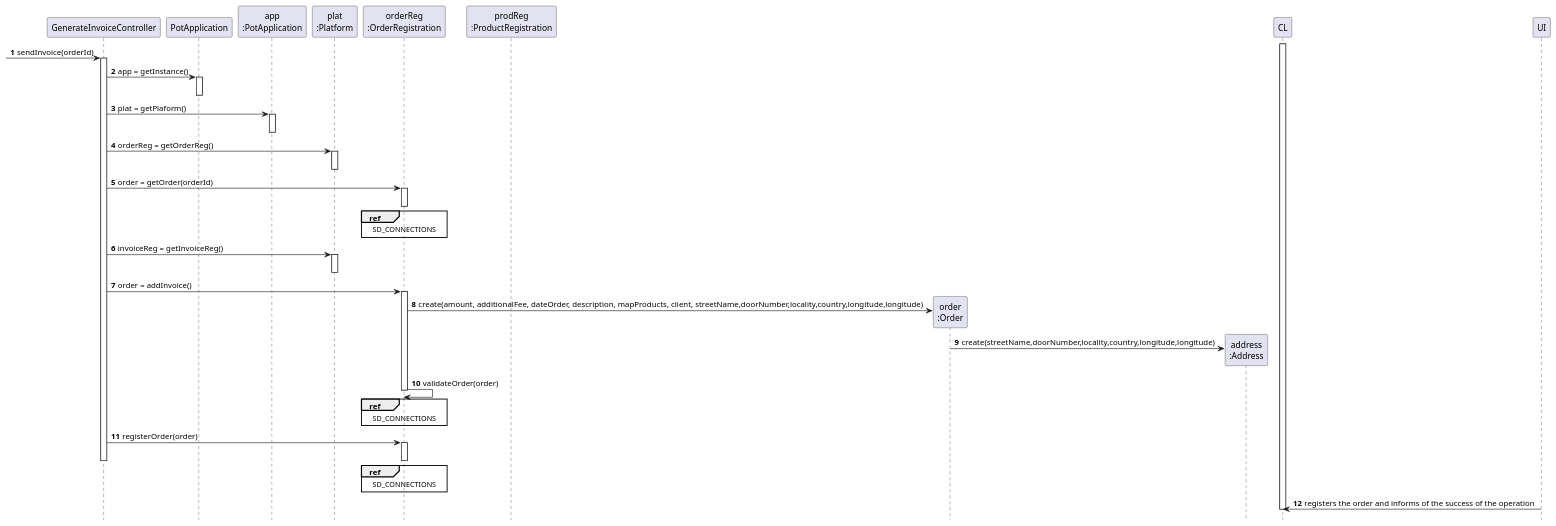
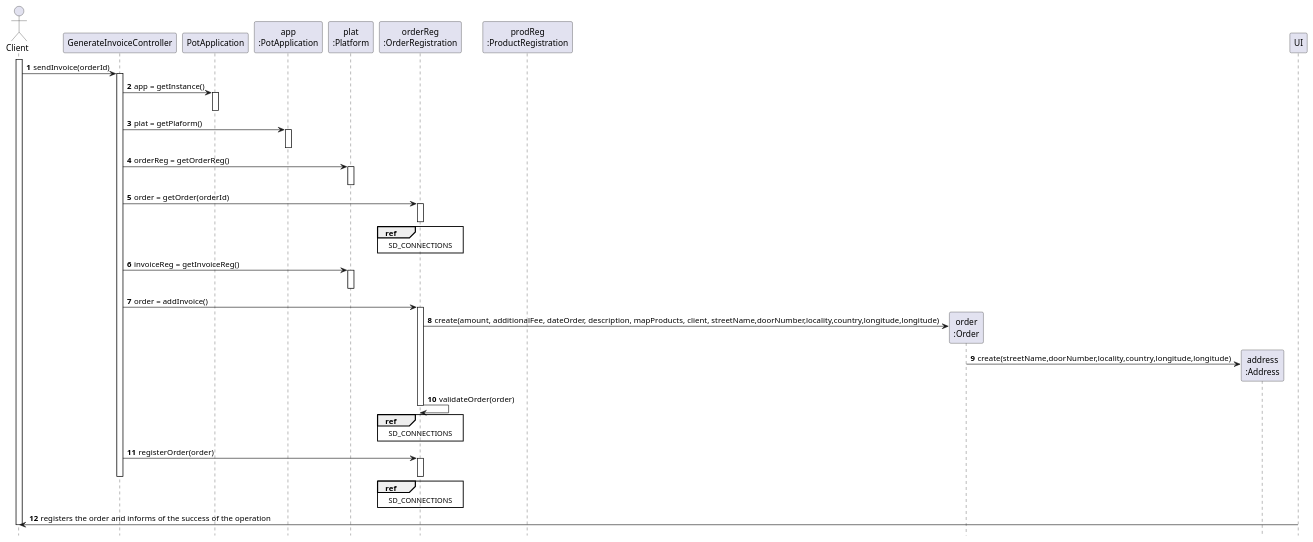
The diagram in docs/Iteration 1/Make An Order/US26_ReceiveInvoice/US26_SD.puml (tiagoavcosta25/LAPR3), drawn with PlantUML before and after one commit. The commit also changed 2 other files, not shown here.

Commit message:
LAPR2AP2-26 #developing Receive Invoice [Design]

```diff
--- a/docs/Iteration 1/Make An Order/US26_ReceiveInvoice/US26_SD.puml
+++ b/docs/Iteration 1/Make An Order/US26_ReceiveInvoice/US26_SD.puml
@@ -1,61 +1,62 @@
 @startuml
 autonumber
 hide footbox
 
+actor "Client" as CL
 participant "GenerateInvoiceController" as CTRL
 participant "PotApplication" as _APP
 participant "app\n:PotApplication" as APP
 participant "plat\n:Platform" as PLAT
 participant "orderReg\n:OrderRegistration" as OR
 participant "prodReg\n:ProductRegistration" as PR
 participant "order\n:Order" as O
 participant "address\n:Address" as AD
 
 activate CL
 
--> CTRL : sendInvoice(orderId)
+CL -> CTRL : sendInvoice(orderId)
 activate CTRL
 CTRL -> _APP: app = getInstance()
 activate _APP
 deactivate _APP
 
 CTRL -> APP: plat = getPlaform()
 activate APP
 deactivate APP
 
 CTRL -> PLAT : orderReg = getOrderReg()
 activate PLAT
 deactivate PLAT
 CTRL -> OR : order = getOrder(orderId)
 activate OR
 ref over OR
 SD_CONNECTIONS
 end ref
 deactivate OR
 
 CTRL -> PLAT : invoiceReg = getInvoiceReg()
 activate PLAT
 deactivate PLAT
 
 CTRL -> OR : order = addInvoice()
 activate OR
 OR -> O** : create(amount, additionalFee, dateOrder, description, mapProducts, client, streetName,doorNumber,locality,country,longitude,longitude)
 O -> AD** : create(streetName,doorNumber,locality,country,longitude,longitude)
 OR -> OR : validateOrder(order)
 ref over OR
 SD_CONNECTIONS
 end ref
 deactivate OR
 
 CTRL -> OR : registerOrder(order)
 activate OR
 ref over OR
 SD_CONNECTIONS
 end ref
 deactivate OR
 deactivate CTRL
 UI -> CL : registers the order and informs of the success of the operation
 deactivate UI
 deactivate CL
 
 @enduml
```
